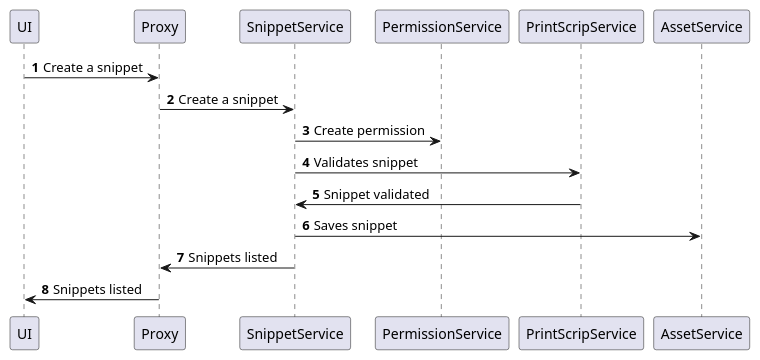
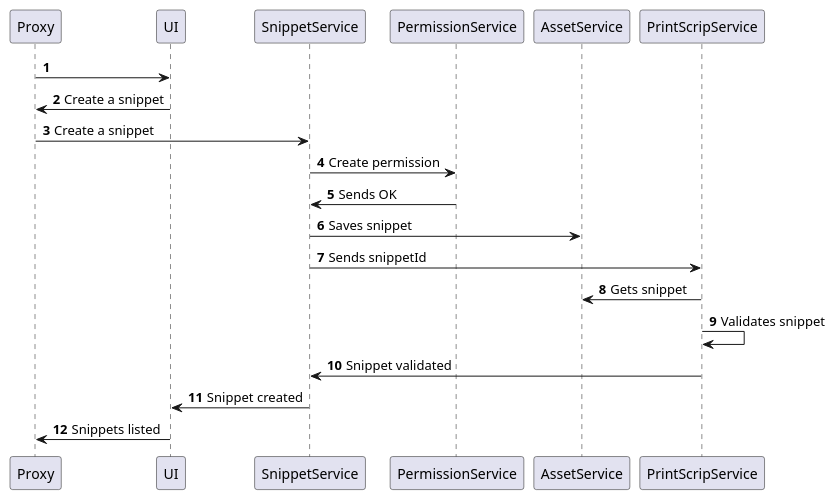
Before and after one commit to Ing-Sistemas/snippet-service: the diagram in diagrams/CreateSnippet.puml, drawn with PlantUML. The commit also changed 1 other file, not shown here.

Commit message:
updated create snippet diagram

```diff
--- a/diagrams/CreateSnippet.puml
+++ b/diagrams/CreateSnippet.puml
@@ -1,17 +1,19 @@
 @startuml
 'https://plantuml.com/sequence-diagram
 
 autonumber
-
+Proxy -> UI
 UI -> Proxy: Create a snippet
 Proxy -> SnippetService: Create a snippet
 SnippetService -> PermissionService: Create permission
-SnippetService -> PrintScripService: Validates snippet
+PermissionService -> SnippetService: Sends OK
+SnippetService -> AssetService: Saves snippet
+SnippetService -> PrintScripService: Sends snippetId
+PrintScripService -> AssetService: Gets snippet
+PrintScripService -> PrintScripService: Validates snippet
 PrintScripService -> SnippetService: Snippet validated
 
 
-SnippetService -> AssetService: Saves snippet
-
-Proxy <- SnippetService: Snippets listed
-Proxy -> UI: Snippets listed
+SnippetService -> UI: Snippet created
+Proxy <- UI: Snippets listed
 @enduml
```
